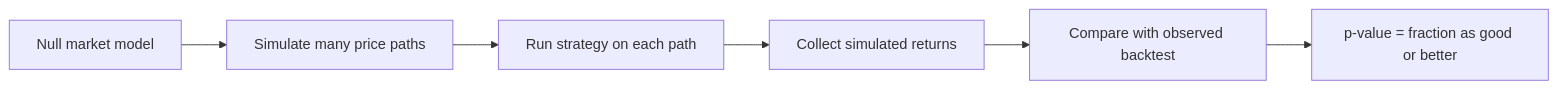
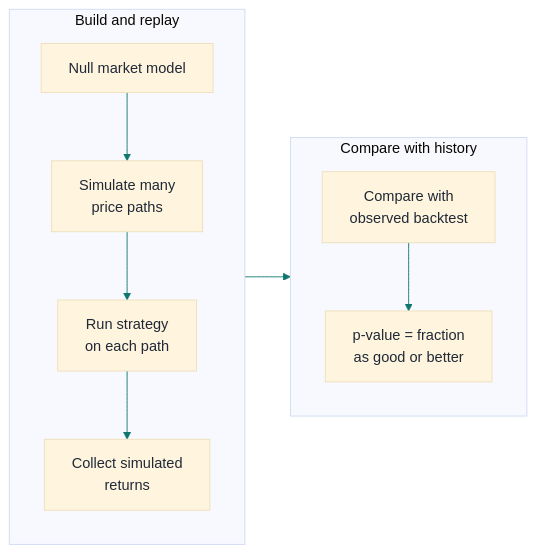
Before and after one commit to tihaya-anon/algorithmic-trading-winning-strategies-rationale-illustration: the diagram in chapters/chapter-01/sections/03-statistical-significance-of-backtesting/figures/monte-carlo-backtest-loop.mmd, drawn with Mermaid. The commit also changed 22 other files, not shown here.

Commit message:
fix(figures): improve mermaid label fit and slide aspect

```diff
--- a/chapters/chapter-01/sections/03-statistical-significance-of-backtesting/figures/monte-carlo-backtest-loop.mmd
+++ b/chapters/chapter-01/sections/03-statistical-significance-of-backtesting/figures/monte-carlo-backtest-loop.mmd
@@ -1,6 +1,19 @@
+%%{init: {"theme": "base", "themeVariables": {"fontFamily": "Noto Sans, Arial, sans-serif", "primaryTextColor": "#1f2937", "lineColor": "#0f766e"}}}%%
 flowchart LR
-    A[Null market model] --> B[Simulate many price paths]
-    B --> C[Run strategy on each path]
-    C --> D[Collect simulated returns]
-    D --> E[Compare with observed backtest]
-    E --> F[p-value = fraction as good or better]
+    subgraph left["Build and replay"]
+      direction TB
+      A["Null market model"]
+      B["Simulate many<br/>price paths"]
+      C["Run strategy<br/>on each path"]
+      D["Collect simulated<br/>returns"]
+      A --> B --> C --> D
+    end
+
+    subgraph right["Compare with history"]
+      direction TB
+      E["Compare with<br/>observed backtest"]
+      F["p-value = fraction<br/>as good or better"]
+      E --> F
+    end
+
+    D --> E
```
